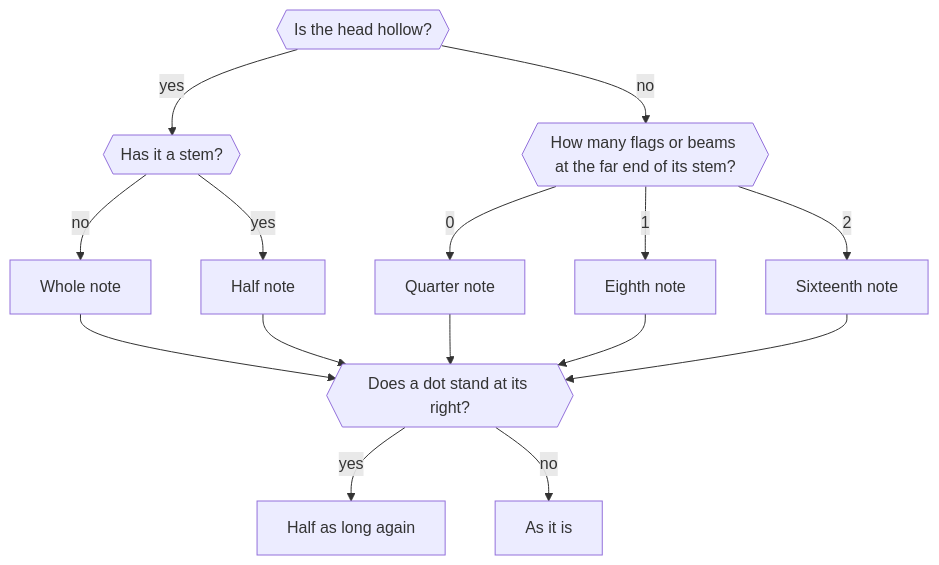
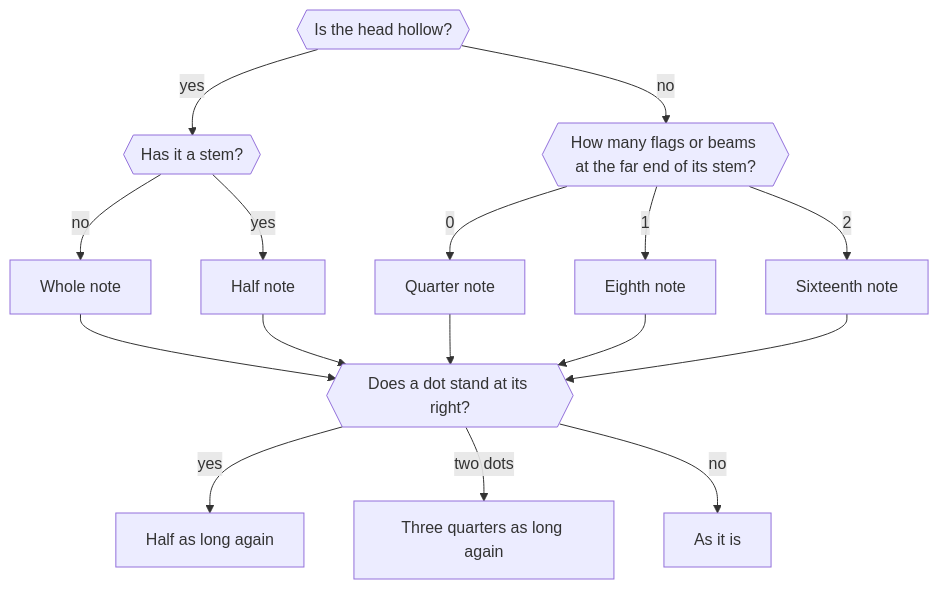
One commit to sweet-cicero/ScoreReader changed the eighth of 12 diagrams in README.md. Above: the diagram before and after it, drawn with Mermaid. The commit also changed other lines of this file and 4 other files, not shown here.

First line of the commit message:
Round 26: two beams that a staff line joins, a second dot, a bow between syllables

````diff
--- a/README.md
+++ b/README.md
@@ -245,14 +245,15 @@
 ```mermaid
 flowchart TD
     head{{"Is the head hollow?"}}
     head -- "yes" --> stem{{"Has it a stem?"}}
     stem -- "no" --> whole["Whole note"]
     stem -- "yes" --> half["Half note"]
     head -- "no" --> tails{{"How many flags or beams at the far end of its stem?"}}
     tails -- "0" --> quarter["Quarter note"]
     tails -- "1" --> eighth["Eighth note"]
     tails -- "2" --> sixteenth["Sixteenth note"]
     whole & half & quarter & eighth & sixteenth --> dot{{"Does a dot stand at its right?"}}
     dot -- "yes" --> longer["Half as long again"]
+    dot -- "two dots" --> longest["Three quarters as long again"]
     dot -- "no" --> same["As it is"]
 ```
````
